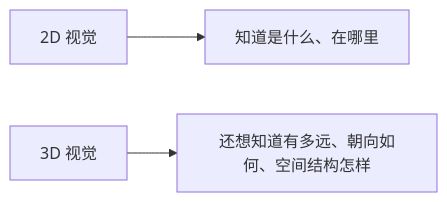
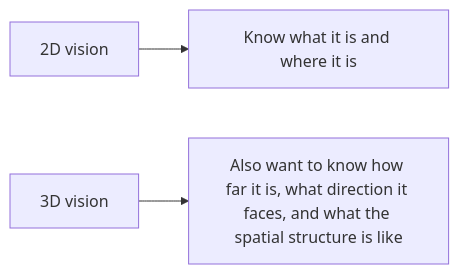
The diagram in docs/ch10-computer-vision/ch05-advanced/04-3d-vision.md (oudbiao/AI-fullstack-course), drawn with Mermaid before and after one commit. The commit also changed other lines of this file and 1406 other files, not shown here.

````diff
--- a/docs/ch10-computer-vision/ch05-advanced/04-3d-vision.md
+++ b/docs/ch10-computer-vision/ch05-advanced/04-3d-vision.md
@@ -32,5 +32,5 @@
 ```mermaid
 flowchart LR
-    A["2D 视觉"] --> B["知道是什么、在哪里"]
-    C["3D 视觉"] --> D["还想知道有多远、朝向如何、空间结构怎样"]
+    A["2D vision"] --> B["Know what it is and where it is"]
+    C["3D vision"] --> D["Also want to know how far it is, what direction it faces, and what the spatial structure is like"]
 ```
````
